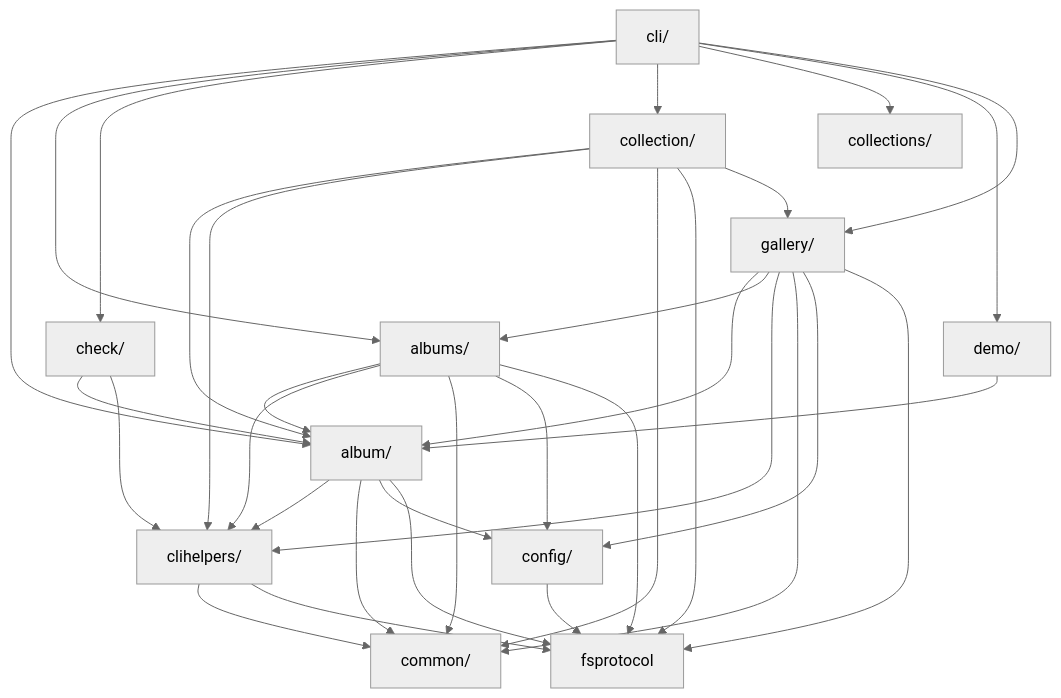
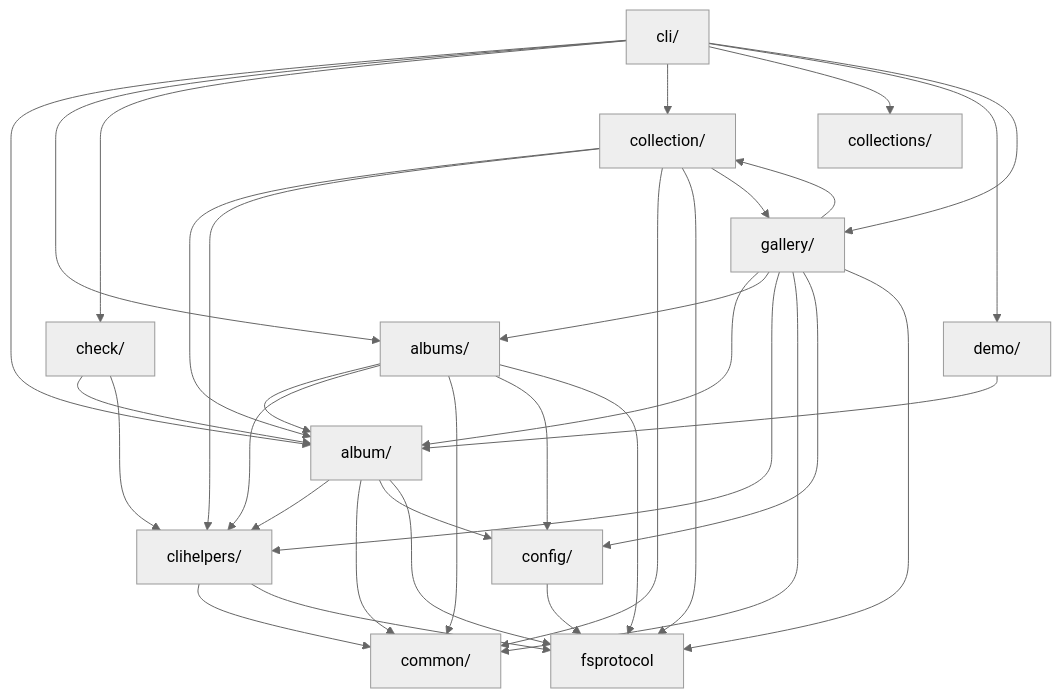
The diagram in docs/architecture.md (iglootools/photree), drawn with Mermaid (neutral theme) before and after one commit. The commit also changed 4 other files, not shown here.

First line of the commit message:
feat: add implicit collection detection and smart materialization in gallery refresh

````diff
--- a/docs/architecture.md
+++ b/docs/architecture.md
@@ -17,49 +17,50 @@
 ```mermaid
 graph TD
     album["album/"]
     albums["albums/"]
     check["check/"]
     cli["cli/"]
     clihelpers["clihelpers/"]
     collection["collection/"]
     collections["collections/"]
     common["common/"]
     config["config/"]
     demo["demo/"]
     fsprotocol["fsprotocol"]
     gallery["gallery/"]
 
     album --> clihelpers
     album --> common
     album --> config
     album --> fsprotocol
     albums --> album
     albums --> clihelpers
     albums --> common
     albums --> config
     albums --> fsprotocol
     check --> album
     check --> clihelpers
     cli --> album
     cli --> albums
     cli --> check
     cli --> collection
     cli --> collections
     cli --> demo
     cli --> gallery
     clihelpers --> common
     clihelpers --> fsprotocol
     collection --> album
     collection --> clihelpers
     collection --> common
     collection --> fsprotocol
     collection --> gallery
     config --> fsprotocol
     demo --> album
     gallery --> album
     gallery --> albums
     gallery --> clihelpers
+    gallery --> collection
     gallery --> common
     gallery --> config
     gallery --> fsprotocol
 ```
````
